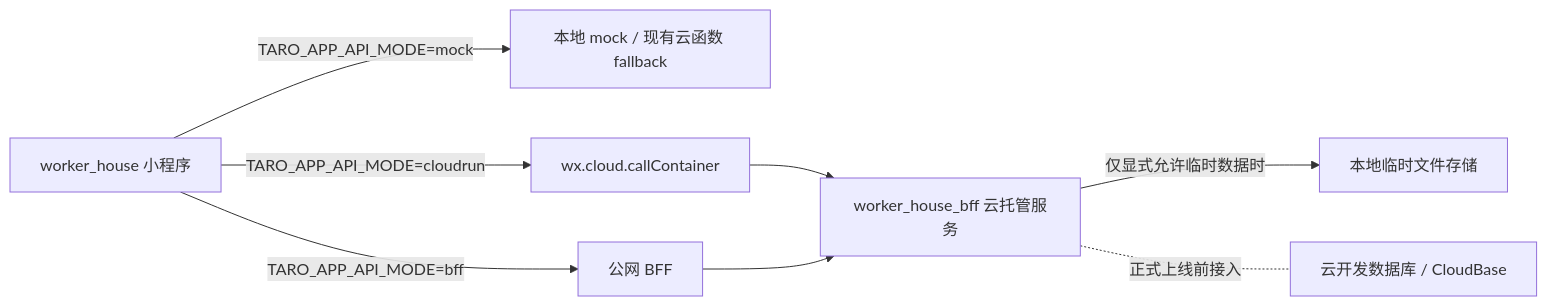
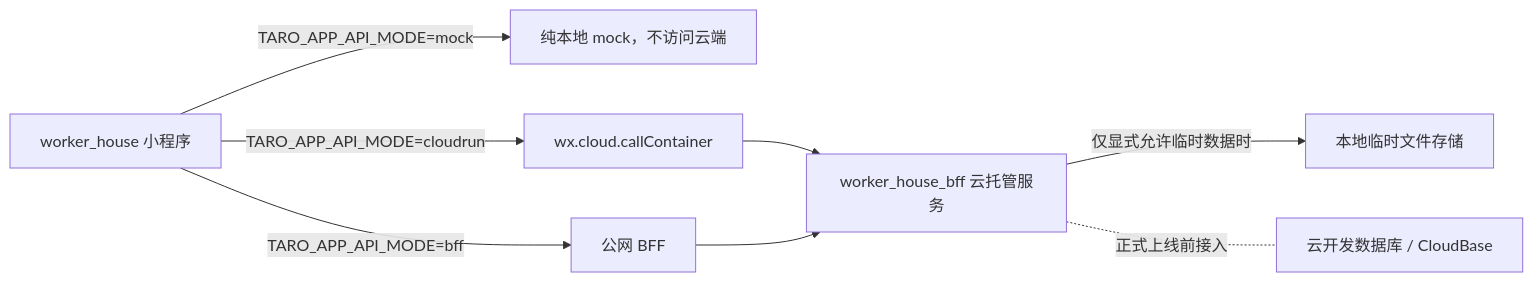
One commit to wildBanana001/DannyRunnn changed the second of 2 diagrams in worker_house/MIGRATION_CLOUDRUN.md. Above: the diagram before and after it, drawn with Mermaid. The commit also changed other lines of this file and 97 other files, not shown here.

Commit message:
feat: refresh mini program design and payment flows

````diff
--- a/worker_house/MIGRATION_CLOUDRUN.md
+++ b/worker_house/MIGRATION_CLOUDRUN.md
@@ -23,11 +23,11 @@
 ```mermaid
 flowchart LR
   A[worker_house 小程序]
-  A -->|TARO_APP_API_MODE=mock| D[本地 mock / 现有云函数 fallback]
+  A -->|TARO_APP_API_MODE=mock| D[纯本地 mock，不访问云端]
   A -->|TARO_APP_API_MODE=bff| B[公网 BFF]
   A -->|TARO_APP_API_MODE=cloudrun| C[wx.cloud.callContainer]
   C --> E[worker_house_bff 云托管服务]
   B --> E
   E -->|仅显式允许临时数据时| F[本地临时文件存储]
   E -.正式上线前接入.- G[云开发数据库 / CloudBase]
 ```
````
